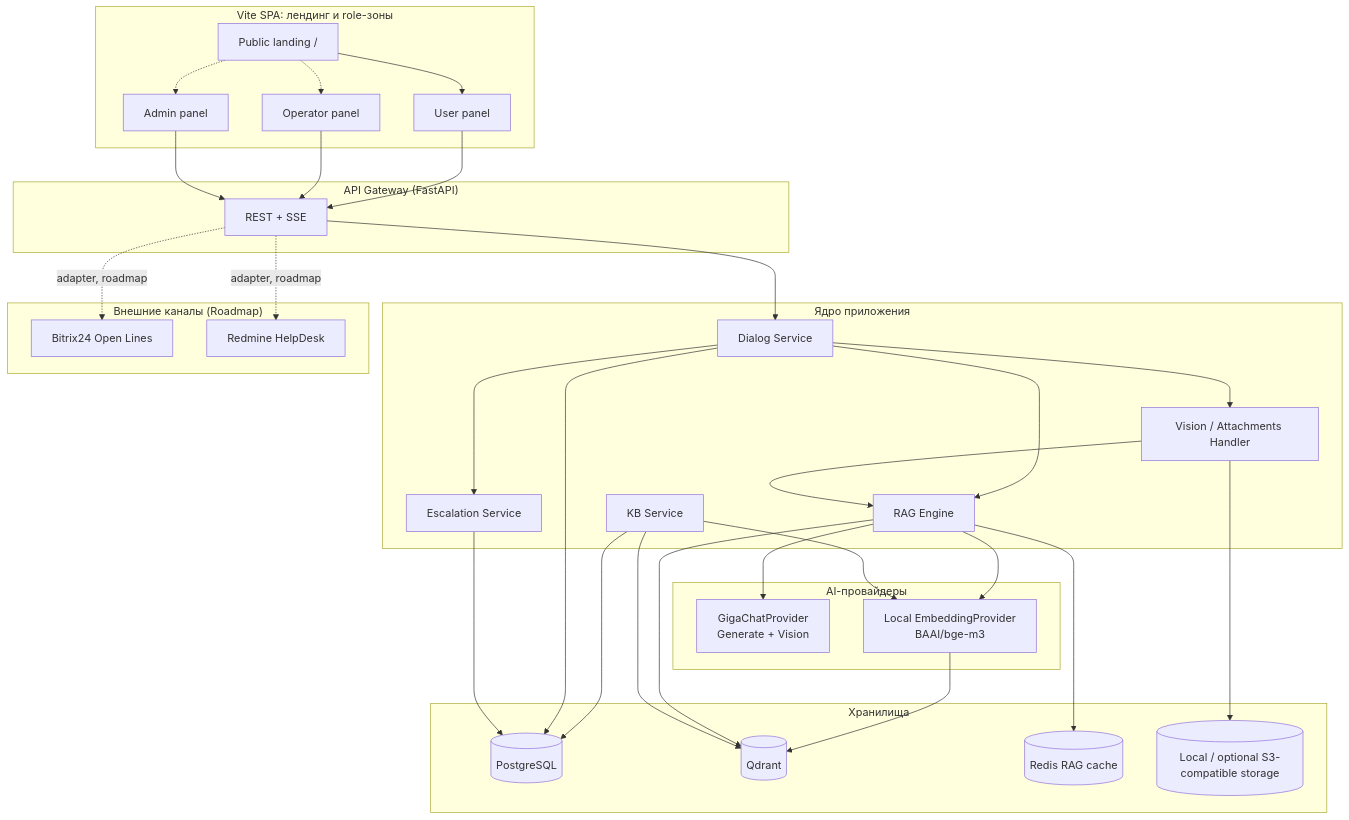
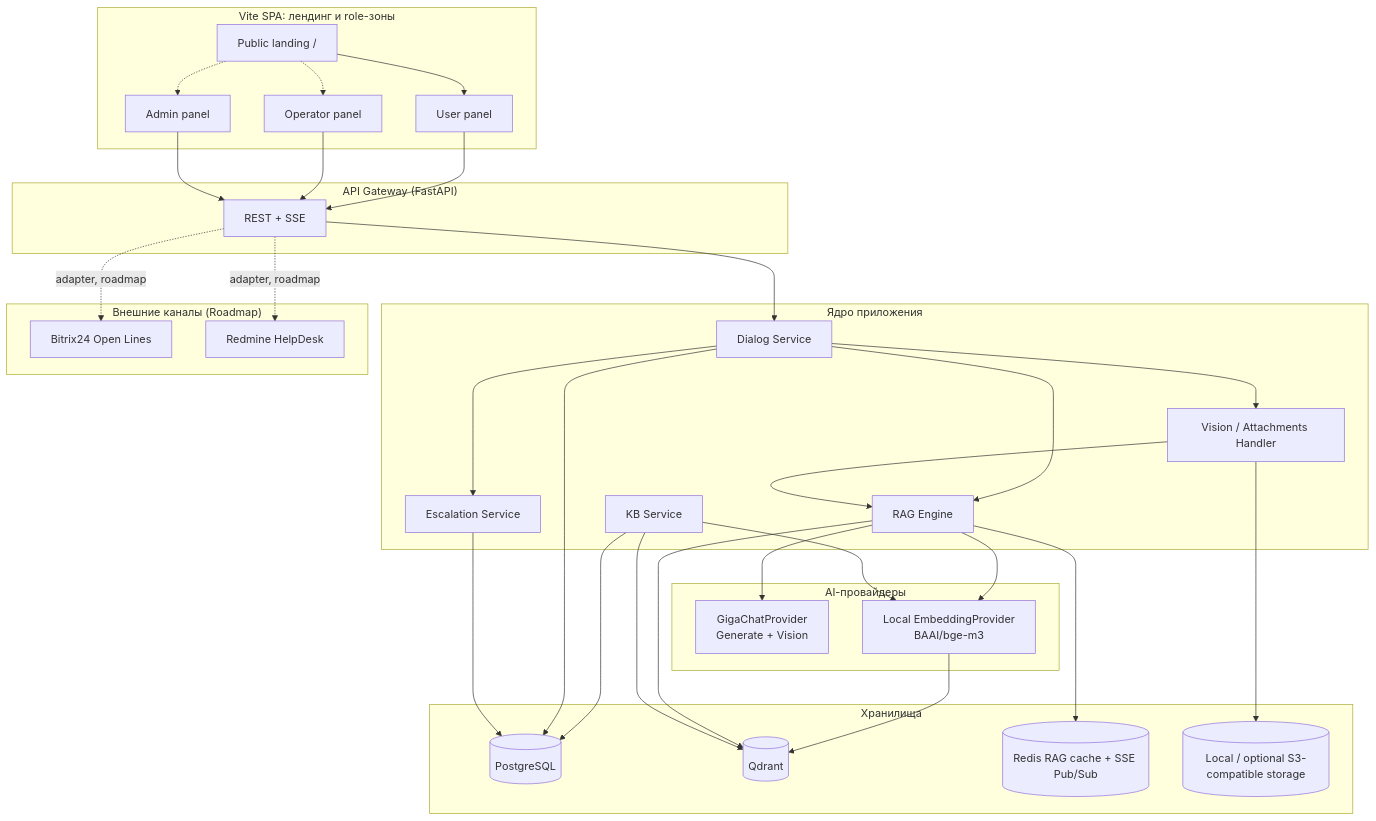
Before and after one commit to MrDoodeth/sber-molvest-hackaton: the first of 2 diagrams in ARCHITECTURE.md, drawn with Mermaid. The commit also changed other lines of this file and 21 other files, not shown here.

````diff
--- a/ARCHITECTURE.md
+++ b/ARCHITECTURE.md
@@ -316,67 +317,67 @@
 ```mermaid
 flowchart TB
     subgraph CLIENT["Vite SPA: лендинг и role-зоны"]
         LANDING["Public landing /"]
         FE["User panel"]
         OP["Operator panel"]
         ADMIN["Admin panel"]
     end
 
     subgraph GW["API Gateway (FastAPI)"]
         API["REST + SSE"]
     end
 
     subgraph CORE["Ядро приложения"]
         DIALOG["Dialog Service"]
         RAG["RAG Engine"]
         VISION["Vision / Attachments Handler"]
         ESCALATION["Escalation Service"]
         KB["KB Service"]
     end
 
     subgraph AI["AI-провайдеры"]
         GIGA["GigaChatProvider<br/>Generate + Vision"]
         EMB["Local EmbeddingProvider<br/>BAAI/bge-m3"]
     end
 
     subgraph DATA["Хранилища"]
         PG[("PostgreSQL")]
         VDB[("Qdrant")]
-        REDIS[("Redis RAG cache")]
+        REDIS[("Redis RAG cache + SSE Pub/Sub")]
         S3[("Local / optional S3-compatible storage")]
     end
 
     subgraph EXT["Внешние каналы (Roadmap)"]
         BITRIX["Bitrix24 Open Lines"]
         REDMINE["Redmine HelpDesk"]
     end
 
     LANDING --> FE
     LANDING -.-> OP
     LANDING -.-> ADMIN
     FE --> API
     OP --> API
     ADMIN --> API
     API --> DIALOG
     DIALOG --> RAG
     DIALOG --> VISION
     DIALOG --> ESCALATION
 
     VISION --> RAG
     RAG --> EMB
     EMB --> VDB
     RAG --> VDB
     RAG --> REDIS
     RAG --> GIGA
 
     KB --> EMB
     KB --> VDB
     KB --> PG
 
     DIALOG --> PG
     ESCALATION --> PG
     VISION --> S3
 
     API -.->|adapter, roadmap| BITRIX
     API -.->|adapter, roadmap| REDMINE
 ```
````
